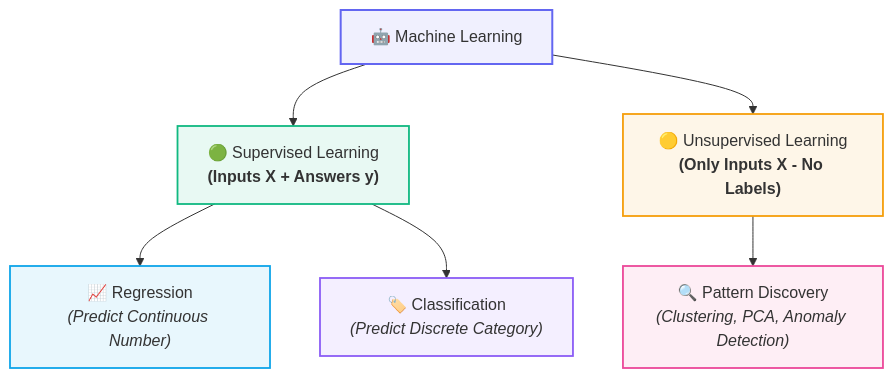
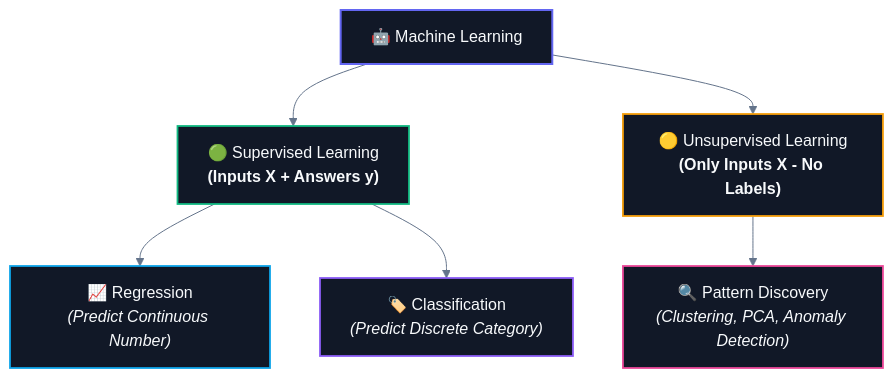
The first of 2 diagrams in CS/AI & ML/01. Classical ML/02. Supervised vs Unsupervised Learning.md (abhinavbharti2345/CS_Notes), drawn with Mermaid before and after one commit. The commit also changed other lines of this file and 195 other files, not shown here.

````diff
--- a/CS/AI & ML/01. Classical ML/02. Supervised vs Unsupervised Learning.md
+++ b/CS/AI & ML/01. Classical ML/02. Supervised vs Unsupervised Learning.md
@@ -19,26 +19,27 @@
 ```mermaid
+%%{init: {'theme': 'base', 'themeVariables': { 'darkMode': true, 'background': '#0B0F14', 'mainBkg': '#111827', 'primaryColor': '#111827', 'primaryTextColor': '#F8FAFC', 'primaryBorderColor': '#38BDF8', 'lineColor': '#64748B', 'secondaryColor': '#0B0F14', 'tertiaryColor': '#0B0F14', 'clusterBkg': '#0B0F14', 'clusterBorder': '#38BDF8' }}}%%
 graph TD
     ML["🤖 Machine Learning"]
     
     ML --> SUP["🟢 Supervised Learning<br><b>(Inputs X + Answers y)</b>"]
     ML --> UNSUP["🟡 Unsupervised Learning<br><b>(Only Inputs X - No Labels)</b>"]
     
     SUP --> REG["📈 Regression<br><i>(Predict Continuous Number)</i>"]
     SUP --> CLF["🏷️ Classification<br><i>(Predict Discrete Category)</i>"]
     
     UNSUP --> CLUST["🔍 Pattern Discovery<br><i>(Clustering, PCA, Anomaly Detection)</i>"]
     
-    classDef main fill:#6366f118,stroke:#6366f1,stroke-width:2px;
-    classDef sup fill:#10b98118,stroke:#10b981,stroke-width:1.8px;
-    classDef unsup fill:#f59e0b18,stroke:#f59e0b,stroke-width:1.8px;
-    classDef reg fill:#0ea5e918,stroke:#0ea5e9,stroke-width:1.8px;
-    classDef clf fill:#8b5cf618,stroke:#8b5cf6,stroke-width:1.8px;
-    classDef clust fill:#ec489918,stroke:#ec4899,stroke-width:1.8px;
+    classDef main fill:#111827,stroke:#6366f1,stroke-width:2px,color:#F8FAFC;
+    classDef sup fill:#111827,stroke:#10b981,stroke-width:1.8px,color:#F8FAFC;
+    classDef unsup fill:#111827,stroke:#f59e0b,stroke-width:1.8px,color:#F8FAFC;
+    classDef reg fill:#111827,stroke:#0ea5e9,stroke-width:1.8px,color:#F8FAFC;
+    classDef clf fill:#111827,stroke:#8b5cf6,stroke-width:1.8px,color:#F8FAFC;
+    classDef clust fill:#111827,stroke:#ec4899,stroke-width:1.8px,color:#F8FAFC;
 
     class ML main;
     class SUP sup;
     class UNSUP unsup;
     class REG reg;
     class CLF clf;
     class CLUST clust;
 ```
````
